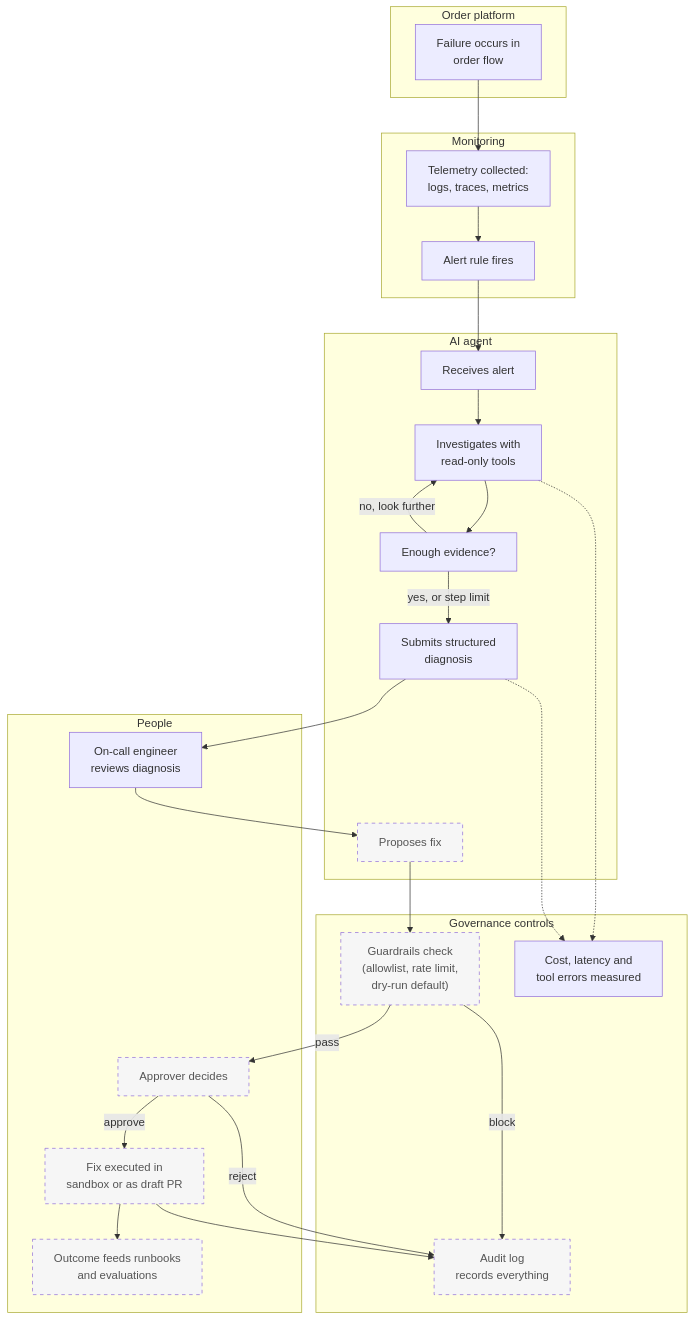
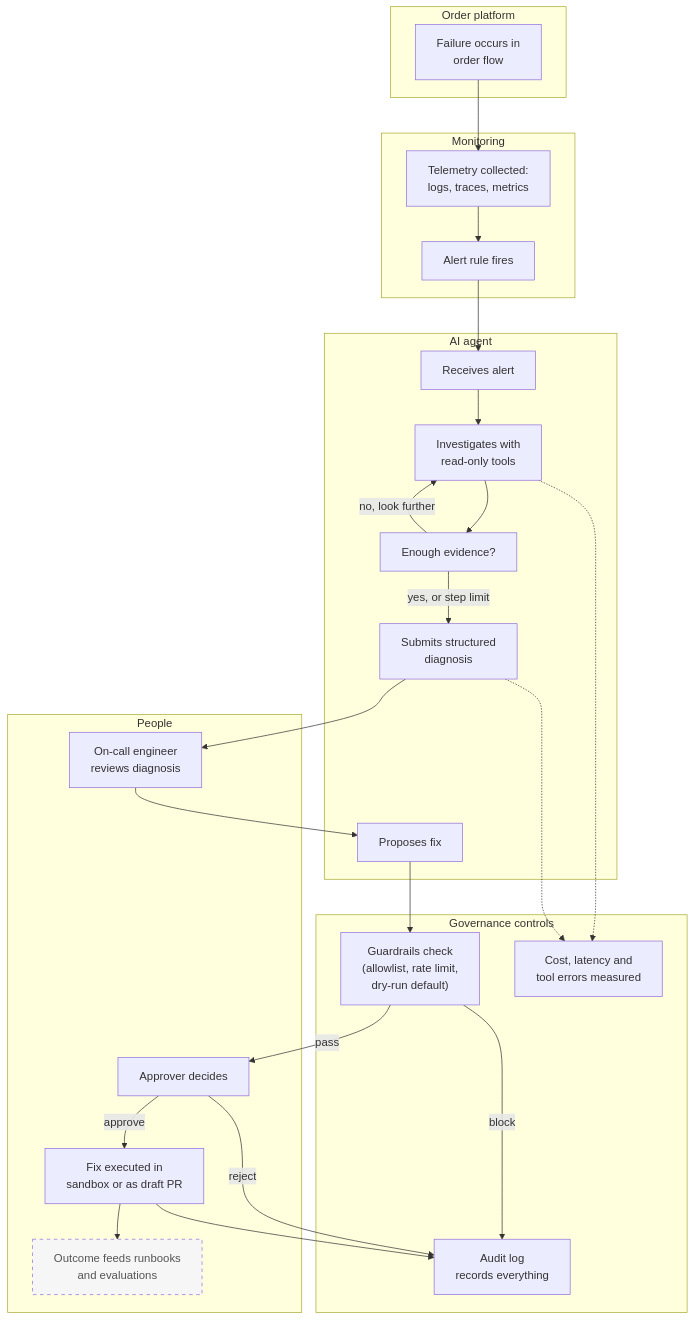
One commit to ankgupt9/agentic-incident-response changed the second of 9 diagrams in docs/solution-design.md. Above: the diagram before and after it, drawn with Mermaid. The commit also changed other lines of this file and 23 other files, not shown here.

````diff
--- a/docs/solution-design.md
+++ b/docs/solution-design.md
@@ -78,49 +78,49 @@
 ```mermaid
 flowchart TB
     subgraph PLAT["Order platform"]
         P1["Failure occurs in<br/>order flow"]
     end
 
     subgraph MON["Monitoring"]
         M1["Telemetry collected:<br/>logs, traces, metrics"]
         M2["Alert rule fires"]
     end
 
     subgraph AGT["AI agent"]
         A1["Receives alert"]
         A2["Investigates with<br/>read-only tools"]
         A3["Enough evidence?"]
         A4["Submits structured<br/>diagnosis"]
-        A5["Proposes fix"]:::planned
+        A5["Proposes fix"]
     end
 
     subgraph GOV["Governance controls"]
-        G1["Guardrails check<br/>(allowlist, rate limit,<br/>dry-run default)"]:::planned
-        G2["Audit log<br/>records everything"]:::planned
+        G1["Guardrails check<br/>(allowlist, rate limit,<br/>dry-run default)"]
+        G2["Audit log<br/>records everything"]
         G3["Cost, latency and<br/>tool errors measured"]
     end
 
     subgraph PPL["People"]
         H1["On-call engineer<br/>reviews diagnosis"]
-        H2["Approver decides"]:::planned
-        H3["Fix executed in<br/>sandbox or as draft PR"]:::planned
+        H2["Approver decides"]
+        H3["Fix executed in<br/>sandbox or as draft PR"]
         H4["Outcome feeds runbooks<br/>and evaluations"]:::planned
     end
 
     P1 --> M1 --> M2 --> A1 --> A2 --> A3
     A3 -- "no, look further" --> A2
     A3 -- "yes, or step limit" --> A4
     A4 --> H1
     H1 --> A5
     A5 --> G1
     G1 -- "pass" --> H2
     G1 -- "block" --> G2
     H2 -- "approve" --> H3
     H2 -- "reject" --> G2
     H3 --> G2
     H3 --> H4
     A2 -.-> G3
     A4 -.-> G3
 
     classDef planned stroke-dasharray: 5 5,fill:#f6f6f6,color:#555;
 ```
````
